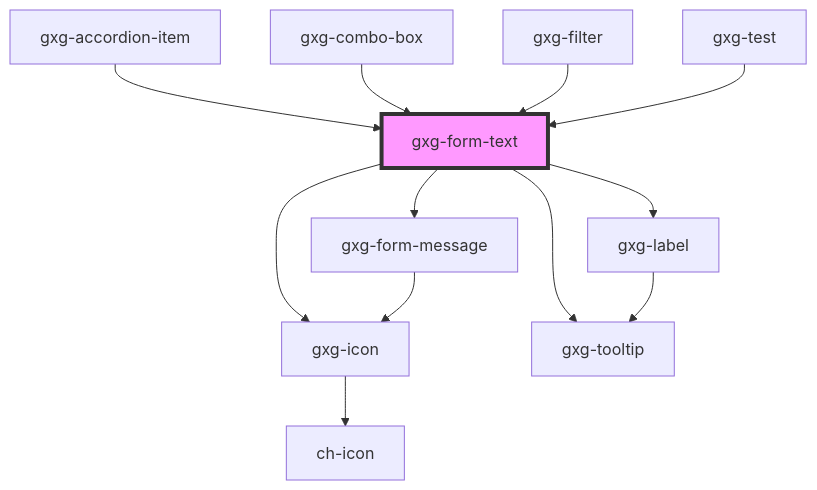
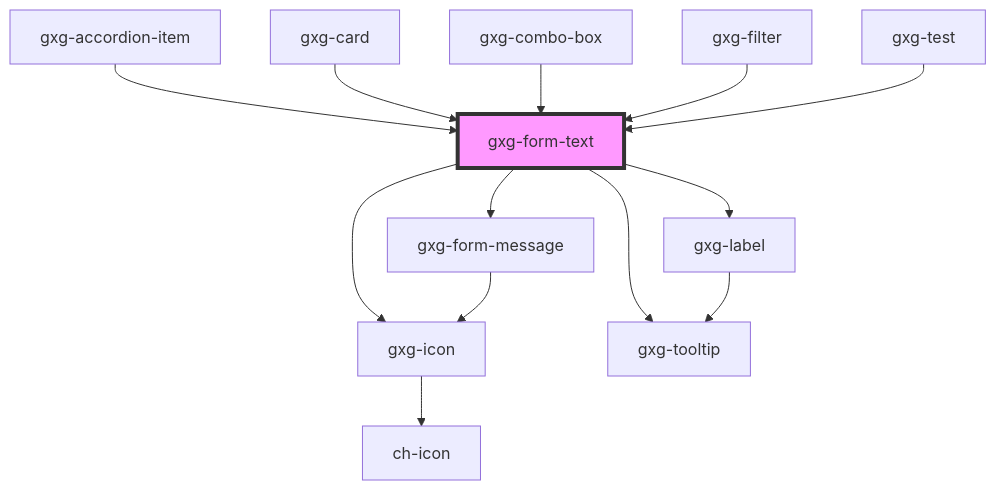
Before and after one commit to genexuslabs/gemini: the diagram in src/components/form-text/readme.md, drawn with Mermaid. The commit also changed other lines of this file and 11 other files, not shown here.

````diff
--- a/src/components/form-text/readme.md
+++ b/src/components/form-text/readme.md
@@ -150,15 +151,16 @@
 ```mermaid
 graph TD;
   gxg-form-text --> gxg-icon
   gxg-form-text --> gxg-label
   gxg-form-text --> gxg-form-message
   gxg-form-text --> gxg-tooltip
   gxg-icon --> ch-icon
   gxg-label --> gxg-tooltip
   gxg-form-message --> gxg-icon
   gxg-accordion-item --> gxg-form-text
+  gxg-card --> gxg-form-text
   gxg-combo-box --> gxg-form-text
   gxg-filter --> gxg-form-text
   gxg-test --> gxg-form-text
   style gxg-form-text fill:#f9f,stroke:#333,stroke-width:4px
 ```
````
